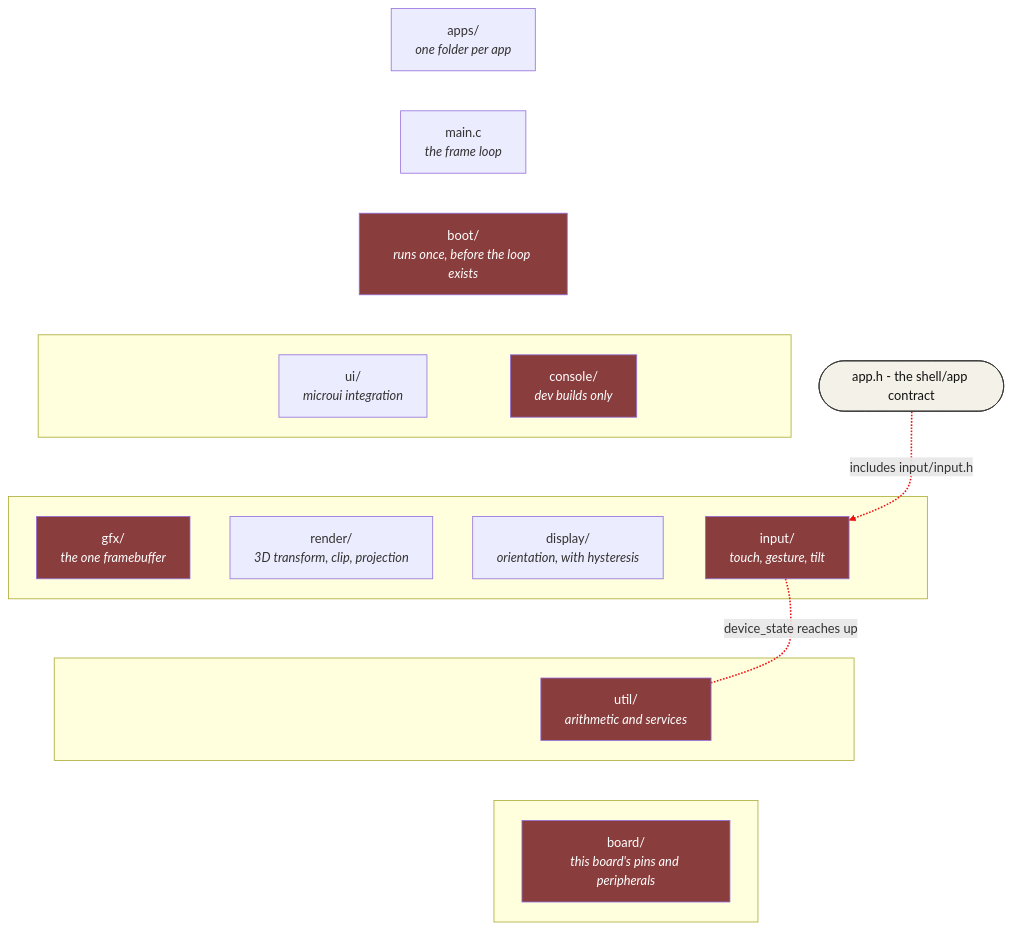
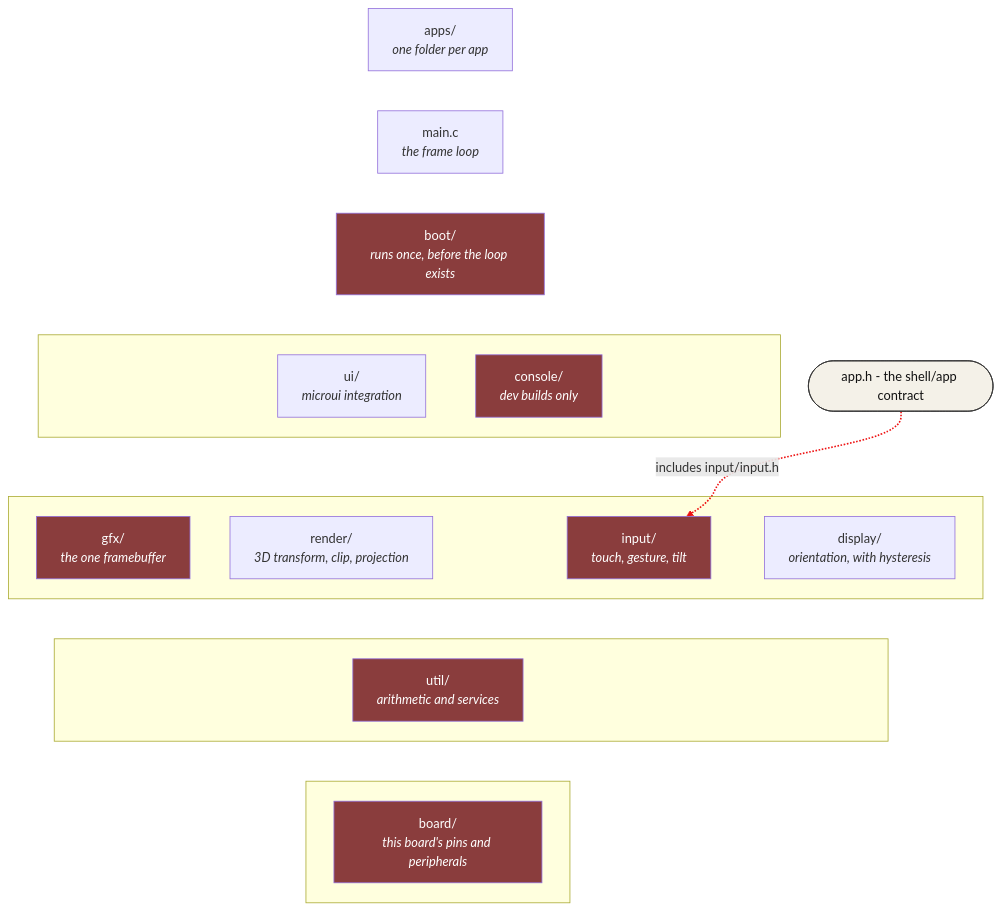
One commit to jose-villegas/autana changed the first of 3 diagrams in docs/Launcher-Architecture.md. Above: the diagram before and after it, drawn with Mermaid. The commit also changed other lines of this file and 9 other files, not shown here.

````diff
--- a/docs/Launcher-Architecture.md
+++ b/docs/Launcher-Architecture.md
@@ -245,54 +245,51 @@
 ```mermaid
 flowchart TB
     classDef hw fill:#8a3d3d,color:#fff
     classDef contract fill:#f4f1e8,stroke:#333,stroke-width:1px,color:#111
 
     Apps["apps/<br/><i>one folder per app</i>"]
     Main["main.c<br/><i>the frame loop</i>"]
     Contract(["app.h - the shell/app contract"]):::contract
     Boot["boot/<br/><i>runs once, before the loop exists</i>"]
 
     subgraph T4[" "]
         Ui["ui/<br/><i>microui integration</i>"]
         Console["console/<br/><i>dev builds only</i>"]
     end
     subgraph T5[" "]
         Gfx["gfx/<br/><i>the one framebuffer</i>"]
         Render["render/<br/><i>3D transform, clip, projection</i>"]
         Display["display/<br/><i>orientation, with hysteresis</i>"]
         Input["input/<br/><i>touch, gesture, tilt</i>"]
     end
     subgraph T6[" "]
         Util["util/<br/><i>arithmetic and services</i>"]
     end
     subgraph T7[" "]
         Board["board/<br/><i>this board's pins and peripherals</i>"]
     end
 
     Apps ~~~ Main ~~~ Boot
     Boot ~~~ Ui
     Boot ~~~ Console
     Ui ~~~ Gfx
     Ui ~~~ Render
     Ui ~~~ Input
     Ui ~~~ Display
     Console ~~~ Gfx
     Console ~~~ Render
     Console ~~~ Input
     Console ~~~ Display
     Gfx ~~~ Util
     Render ~~~ Util
     Input ~~~ Util
     Display ~~~ Util
     Util ~~~ Board
 
     class Boot,Gfx,Input,Console,Board,Util hw
 
-    %% linkStyle below recolours these two by index (17, 18); an edge added
-    %% above them shifts both numbers, so add new edges after them.
+    %% The contract edge is index 17; edges above it shift that index.
     Contract -.->|"includes input/input.h"| Input
-    Input <-.-|"device_state reaches up"| Util
 
     linkStyle 17 stroke:#e11,stroke-width:2px
-    linkStyle 18 stroke:#e11,stroke-width:2px
 ```
````
